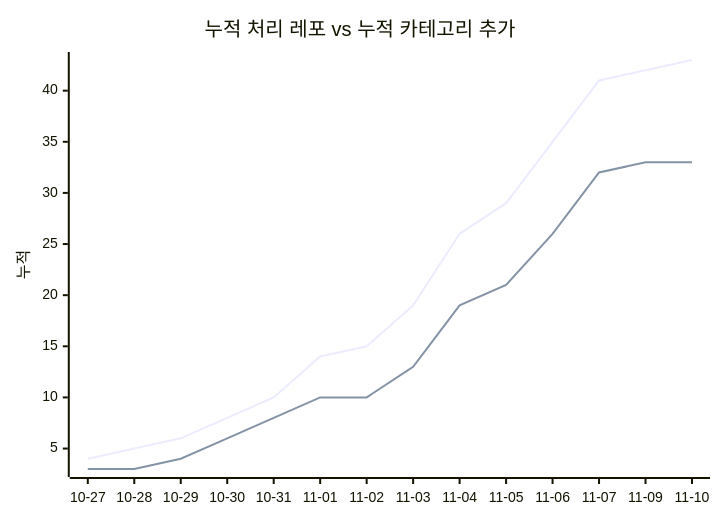
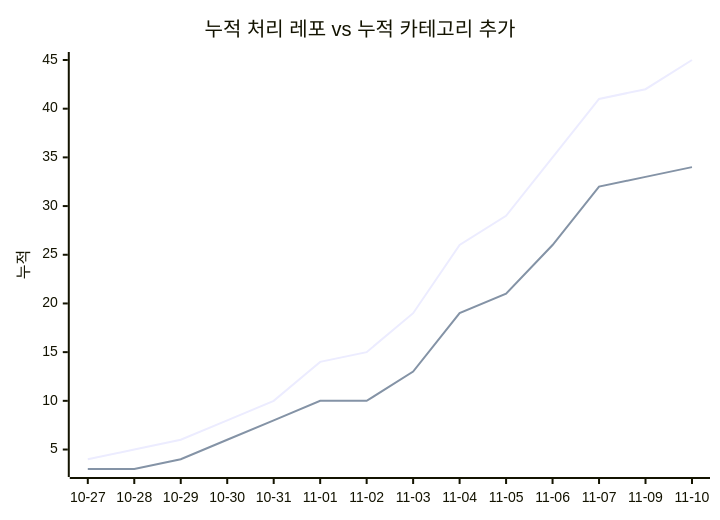
The second of 2 diagrams in docs/trends.md (J-nowcow/awesome-korean-agent-skills), drawn with Mermaid before and after one commit. The commit also changed other lines of this file and 4 other files, not shown here.

````diff
--- a/docs/trends.md
+++ b/docs/trends.md
@@ -68,8 +68,8 @@
 ```mermaid
 xychart-beta
     title "누적 처리 레포 vs 누적 카테고리 추가"
     x-axis ["10-27","10-28","10-29","10-30","10-31","11-01","11-02","11-03","11-04","11-05","11-06","11-07","11-09","11-10"]
     y-axis "누적"
-    line [4,5,6,8,10,14,15,19,26,29,35,41,42,43]
-    line [3,3,4,6,8,10,10,13,19,21,26,32,33,33]
+    line [4,5,6,8,10,14,15,19,26,29,35,41,42,45]
+    line [3,3,4,6,8,10,10,13,19,21,26,32,33,34]
 ```
````
